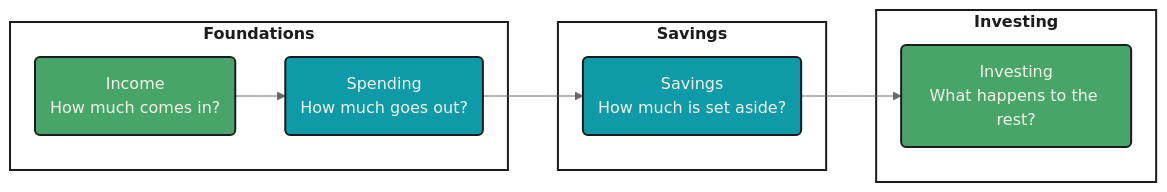
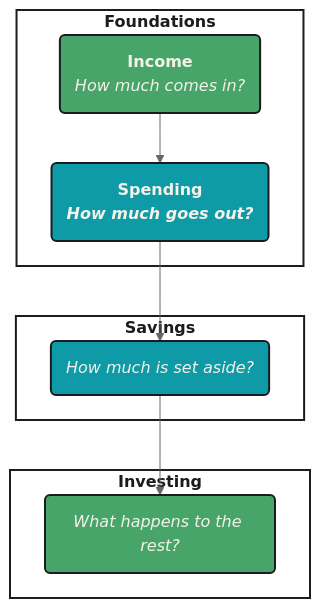
One commit to mjfrigaard/fm-finance changed the diagram in index.qmd. Above: the diagram before and after it, drawn with Mermaid. The commit also changed 4 other files, not shown here.

````diff
--- a/index.qmd
+++ b/index.qmd
@@ -79,27 +63,27 @@
 ```{mermaid}
 %%| fig-cap: 'The Four Levers'
 %%| fig-align: center
 %%{init: {'theme': 'neutral', 'themeVariables': { 'fontFamily': 'monospace', "darkMode":false, "fontSize":"16px"}}}%%
 
-flowchart LR
+flowchart TB
     subgraph Foundations["<strong>Foundations</strong>"]
-        Income("Income<br>How much comes in?")
-        Spending("Spending<br>How much goes out?")
+        Income("<strong>Income</strong><br><em>How much comes in?</em>")
+        Spending("<strong>Spending<strong><br><em>How much goes out?</em>")
     end
     subgraph SavingsPart["<strong>Savings</strong>"]
-        Savings("Savings<br>How much is set aside?")
+        Savings("<em>How much is set aside?</em>")
     end
     subgraph InvestingPart["<strong>Investing</strong>"]
-        Investing("Investing<br>What happens to the rest?")
+        Investing("<em>What happens to the rest?</em>")
     end
     Income --> Spending
     Spending --> Savings
     Savings --> Investing
     style Income fill:#48a56a,color:#F5F2E8,stroke:#1C1C1E,stroke-width:2px
     style Spending fill:#0e9aa7,color:#F5F2E8,stroke:#1C1C1E,stroke-width:2px
     style Savings fill:#0e9aa7,color:#F5F2E8,stroke:#1C1C1E,stroke-width:2px
     style Investing fill:#48a56a,color:#F5F2E8,stroke:#1C1C1E,stroke-width:2px
     style Foundations fill:#FFFFFF,color:#1C1C1E,stroke:#1C1C1E,stroke-width:2px
     style SavingsPart fill:#FFFFFF,color:#1C1C1E,stroke:#1C1C1E,stroke-width:2px
     style InvestingPart fill:#FFFFFF,color:#1C1C1E,stroke:#1C1C1E,stroke-width:2px
 ```
````
